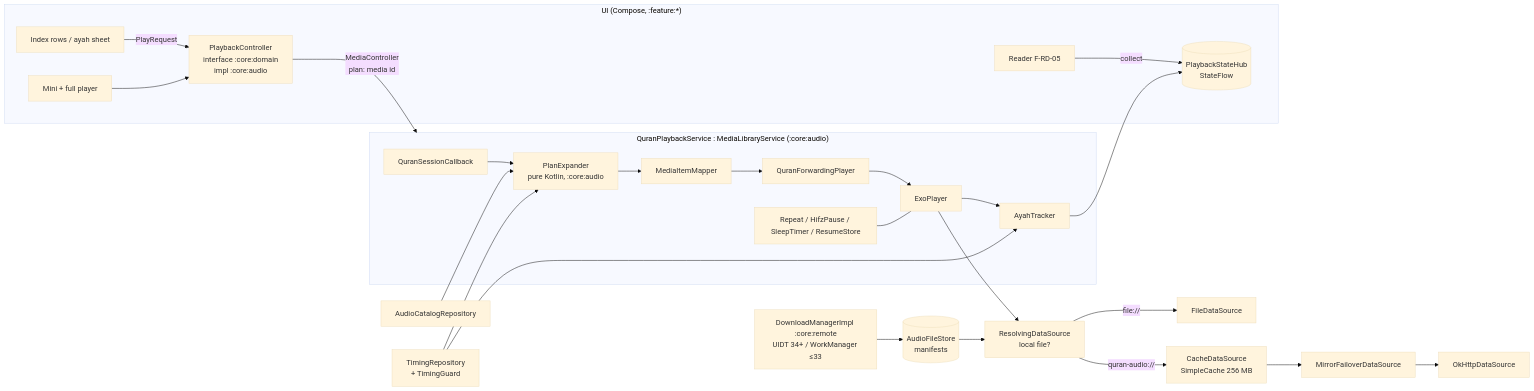
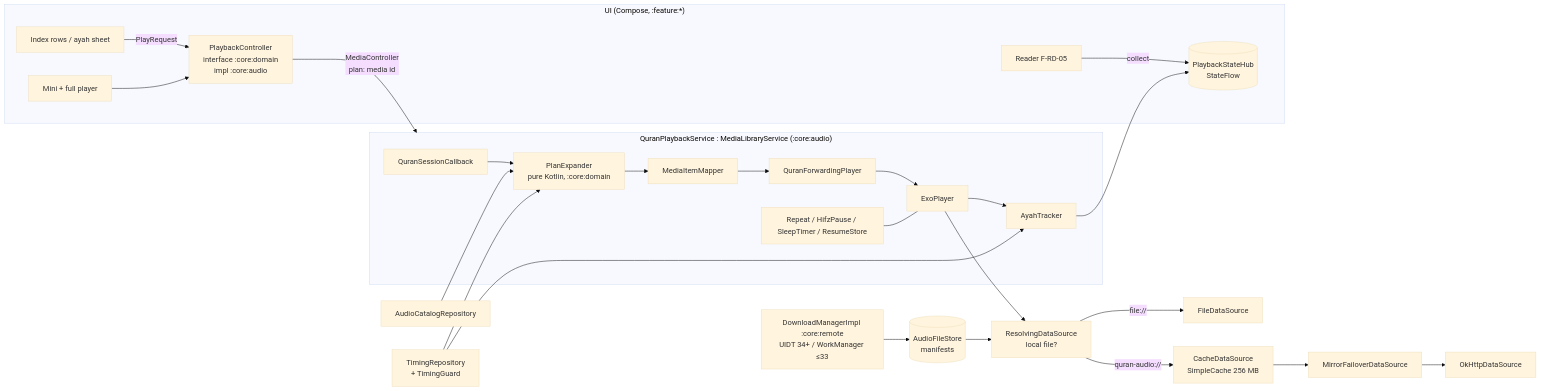
One commit to Chughtaie/criterion changed the first of 2 diagrams in docs/plan/06-audio-engine.md. Above: the diagram before and after it, drawn with Mermaid (base theme). The commit also changed other lines of this file and 5 other files, not shown here.

````diff
--- a/docs/plan/06-audio-engine.md
+++ b/docs/plan/06-audio-engine.md
@@ -46,27 +46,27 @@
 ```mermaid
 flowchart LR
   subgraph UI["UI (Compose, :feature:*)"]
     RD[Reader F-RD-05] -->|collect| HUB
     IDX[Index rows / ayah sheet] -->|PlayRequest| AC
     PL[Mini + full player] --> AC
   end
   AC[PlaybackController\ninterface :core:domain\nimpl :core:audio] -->|MediaController\nplan: media id| SVC
   subgraph SVC["QuranPlaybackService : MediaLibraryService (:core:audio)"]
-    CB[QuranSessionCallback] --> PE[PlanExpander\npure Kotlin, :core:audio]
+    CB[QuranSessionCallback] --> PE[PlanExpander\npure Kotlin, :core:domain]
     PE --> MAP[MediaItemMapper]
     MAP --> FP[QuranForwardingPlayer]
     FP --> EXO[ExoPlayer]
     EXO --> TRK[AyahTracker]
     TRK --> HUB[(PlaybackStateHub\nStateFlow)]
     RC[Repeat / HifzPause / SleepTimer / ResumeStore] --- EXO
   end
   EXO --> DS[ResolvingDataSource\nlocal file?]
   DS -->|file://| FILE[FileDataSource]
   DS -->|quran-audio://| CACHE[CacheDataSource\nSimpleCache 256 MB]
   CACHE --> MF[MirrorFailoverDataSource] --> OK[OkHttpDataSource]
   CAT[AudioCatalogRepository] --> PE
   TIM[TimingRepository\n+ TimingGuard] --> PE
   TIM --> TRK
   DL[DownloadManagerImpl :core:remote\nUIDT 34+ / WorkManager ≤33] --> FS[(AudioFileStore\nmanifests)]
   FS --> DS
 ```
````
